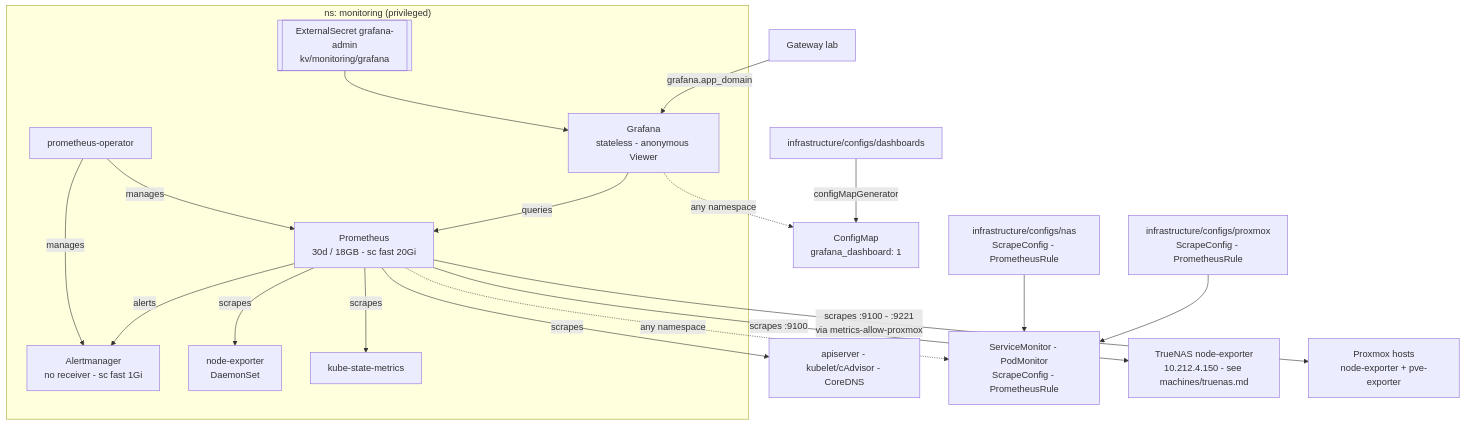
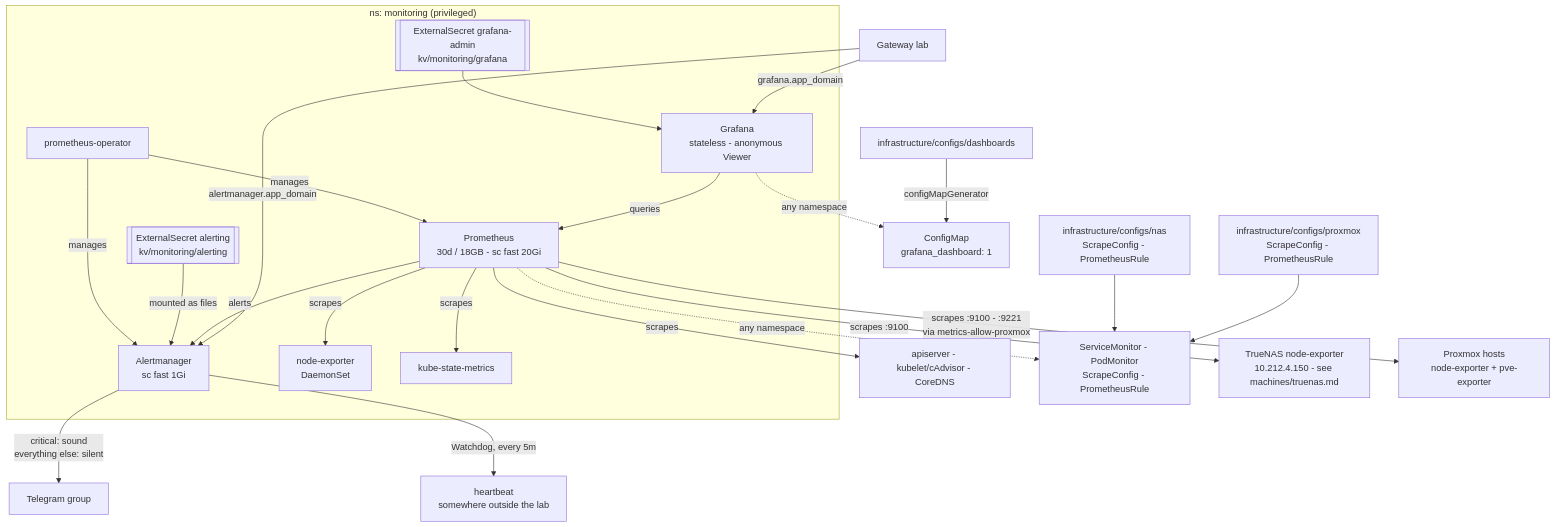
Before and after one commit to Sojamann/homelab-apps: the diagram in docs/monitoring.md, drawn with Mermaid. The commit also changed other lines of this file and 4 other files, not shown here.

Commit message:
alerting: alertmanager to telegram, watchdog to an external heartbeat

````diff
--- a/docs/monitoring.md
+++ b/docs/monitoring.md
@@ -10,28 +12,34 @@
 ```mermaid
 graph TD
   subgraph mon["ns: monitoring (privileged)"]
     OP["prometheus-operator"]
     PROM["Prometheus<br/>30d / 18GB - sc fast 20Gi"]
-    AM["Alertmanager<br/>no receiver - sc fast 1Gi"]
+    AM["Alertmanager<br/>sc fast 1Gi"]
     GR["Grafana<br/>stateless - anonymous Viewer"]
     NE["node-exporter<br/>DaemonSet"]
     KSM["kube-state-metrics"]
     SEC[["ExternalSecret grafana-admin<br/>kv/monitoring/grafana"]]
+    SECA[["ExternalSecret alerting<br/>kv/monitoring/alerting"]]
     OP -->|manages| PROM & AM
     SEC --> GR
+    SECA -->|mounted as files| AM
     GR -->|queries| PROM
     PROM -->|alerts| AM
   end
 
   PROM -->|scrapes| NE & KSM
   PROM -->|scrapes| K["apiserver - kubelet/cAdvisor - CoreDNS"]
   PROM -.->|any namespace| MON["ServiceMonitor - PodMonitor<br/>ScrapeConfig - PrometheusRule"]
   GR -.->|any namespace| DASH["ConfigMap<br/>grafana_dashboard: 1"]
   CFG["infrastructure/configs/dashboards"] -->|configMapGenerator| DASH
   NAS["infrastructure/configs/nas<br/>ScrapeConfig - PrometheusRule"] --> MON
   PVE["infrastructure/configs/proxmox<br/>ScrapeConfig - PrometheusRule"] --> MON
   PROM -->|scrapes :9100| TN["TrueNAS node-exporter<br/>10.212.4.150 - see machines/truenas.md"]
   PROM -->|scrapes :9100 - :9221<br/>via metrics-allow-proxmox| PX["Proxmox hosts<br/>node-exporter + pve-exporter"]
 
+  AM -->|critical: sound<br/>everything else: silent| TG["Telegram group"]
+  AM -->|Watchdog, every 5m| HB["heartbeat<br/>somewhere outside the lab"]
+
   GW["Gateway lab"] -->|grafana.app_domain| GR
+  GW -->|alertmanager.app_domain| AM
 ```
````
